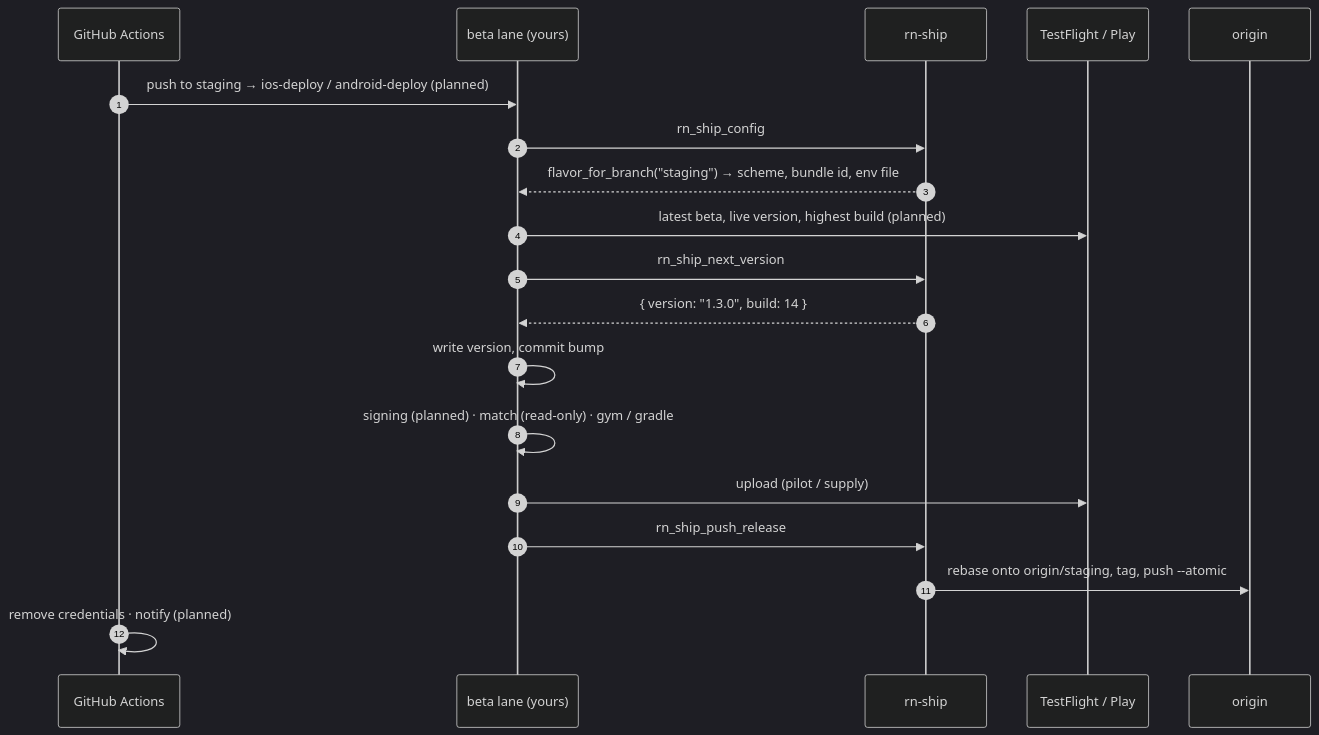
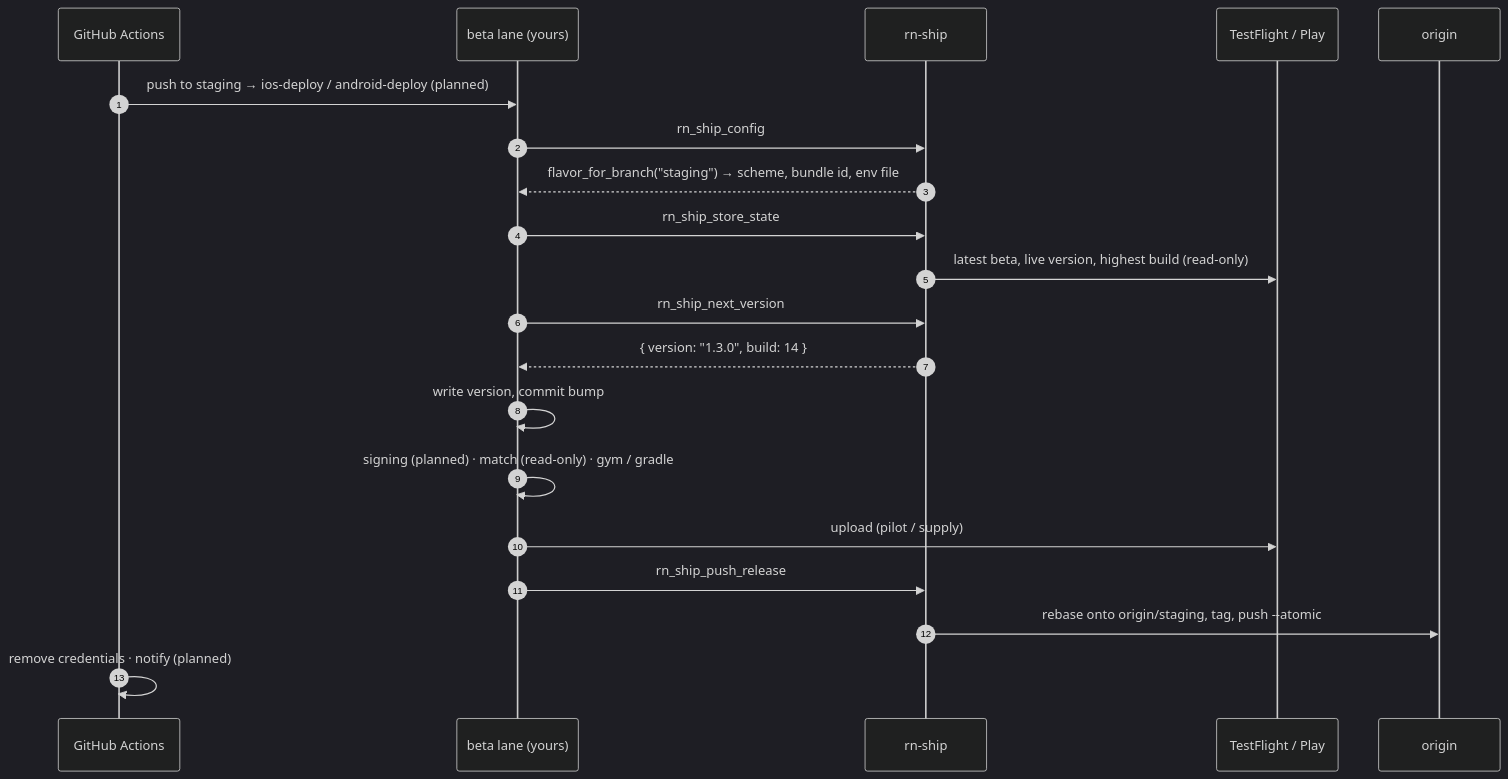
The second of 5 diagrams in README.md (27AppStudio/rn-ship), drawn with Mermaid (dark theme) before and after one commit. The commit also changed other lines of this file and 6 other files, not shown here.

First line of the commit message:
Add rn_ship_store_state: read TestFlight / App Store and Google Play

````diff
--- a/README.md
+++ b/README.md
@@ -99,22 +99,23 @@
 ```mermaid
 sequenceDiagram
   autonumber
   participant GH as GitHub Actions
   participant Lane as beta lane (yours)
   participant RS as rn-ship
   participant Store as TestFlight / Play
   participant Git as origin
 
   GH->>Lane: push to staging → ios-deploy / android-deploy (planned)
   Lane->>RS: rn_ship_config
   RS-->>Lane: flavor_for_branch("staging") → scheme, bundle id, env file
-  Lane->>Store: latest beta, live version, highest build (planned)
+  Lane->>RS: rn_ship_store_state
+  RS->>Store: latest beta, live version, highest build (read-only)
   Lane->>RS: rn_ship_next_version
   RS-->>Lane: { version: "1.3.0", build: 14 }
   Lane->>Lane: write version, commit bump
   Lane->>Lane: signing (planned) · match (read-only) · gym / gradle
   Lane->>Store: upload (pilot / supply)
   Lane->>RS: rn_ship_push_release
   RS->>Git: rebase onto origin/staging, tag, push --atomic
   GH->>GH: remove credentials · notify (planned)
 ```
````
